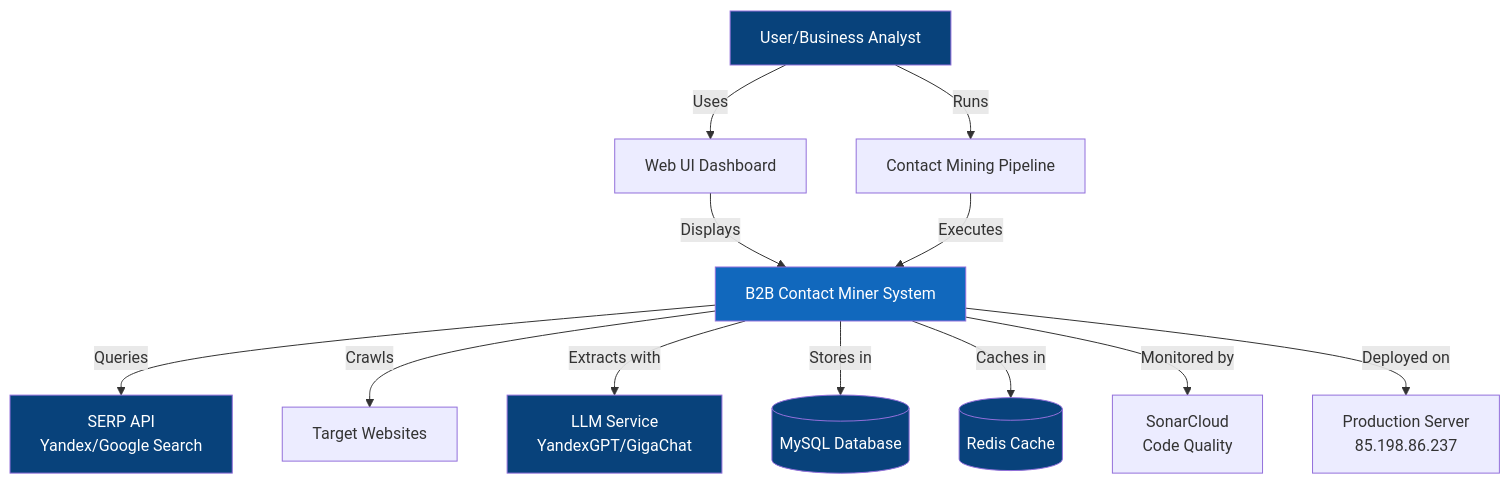
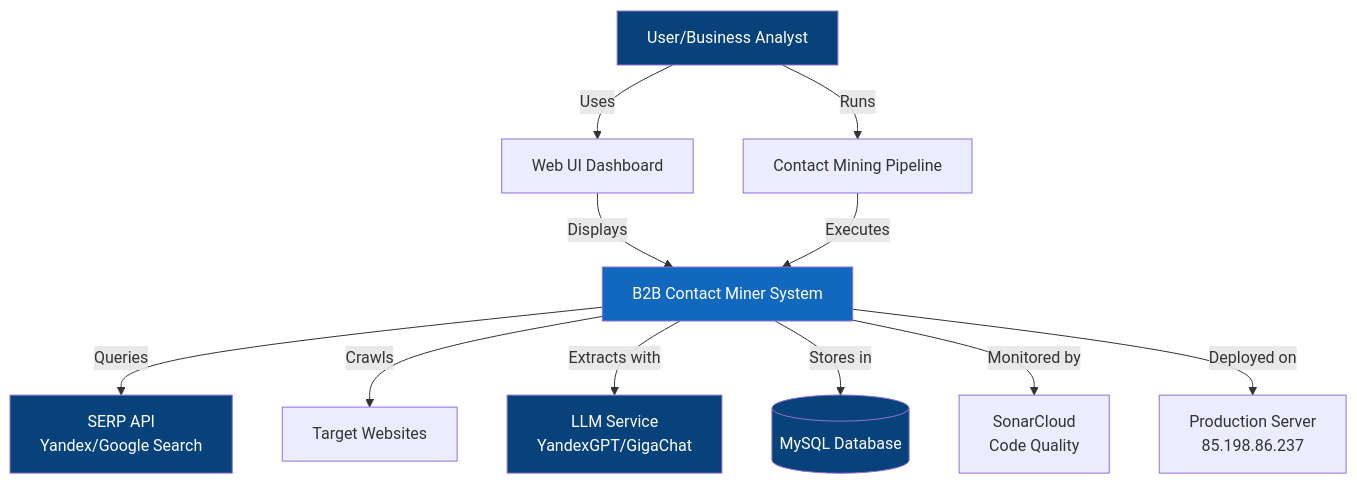
The first of 8 diagrams in doc/C4_ARCHITECTURE.md (hauptmann1971/b2b-contact-miner), drawn with Mermaid before and after one commit. The commit also changed other lines of this file and 10 other files, not shown here.

First line of the commit message:
Align architecture docs and diagrams with current DB-backed queue design.

````diff
--- a/doc/C4_ARCHITECTURE.md
+++ b/doc/C4_ARCHITECTURE.md
@@ -5,24 +5,22 @@
 ```mermaid
 graph TB
     User[User/Business Analyst] -->|Uses| WebUI[Web UI Dashboard]
     User -->|Runs| Pipeline[Contact Mining Pipeline]
     
     WebUI -->|Displays| System[B2B Contact Miner System]
     Pipeline -->|Executes| System
     
     System -->|Queries| SERP[SERP API<br/>Yandex/Google Search]
     System -->|Crawls| Websites[Target Websites]
     System -->|Extracts with| LLM[LLM Service<br/>YandexGPT/GigaChat]
     System -->|Stores in| MySQL[(MySQL Database)]
-    System -->|Caches in| Redis[(Redis Cache)]
     
     System -->|Monitored by| SonarCloud[SonarCloud<br/>Code Quality]
     System -->|Deployed on| Server[Production Server<br/>85.198.86.237]
     
     style System fill:#1168bd,color:#fff
     style User fill:#08427b,color:#fff
     style MySQL fill:#08427b,color:#fff
-    style Redis fill:#08427b,color:#fff
     style LLM fill:#08427b,color:#fff
     style SERP fill:#08427b,color:#fff
 ```
````
